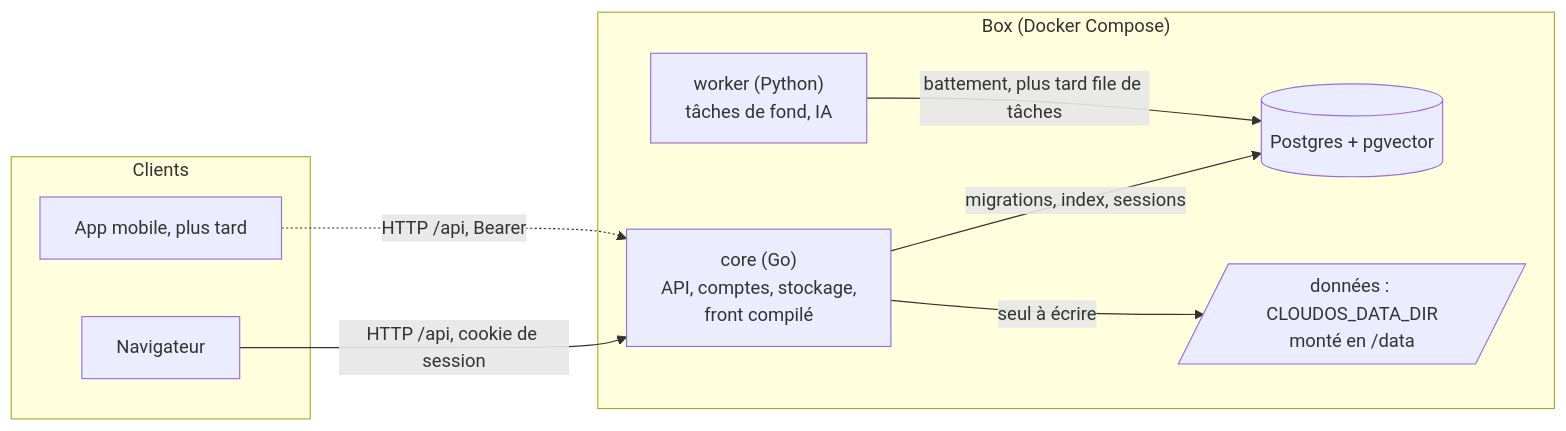
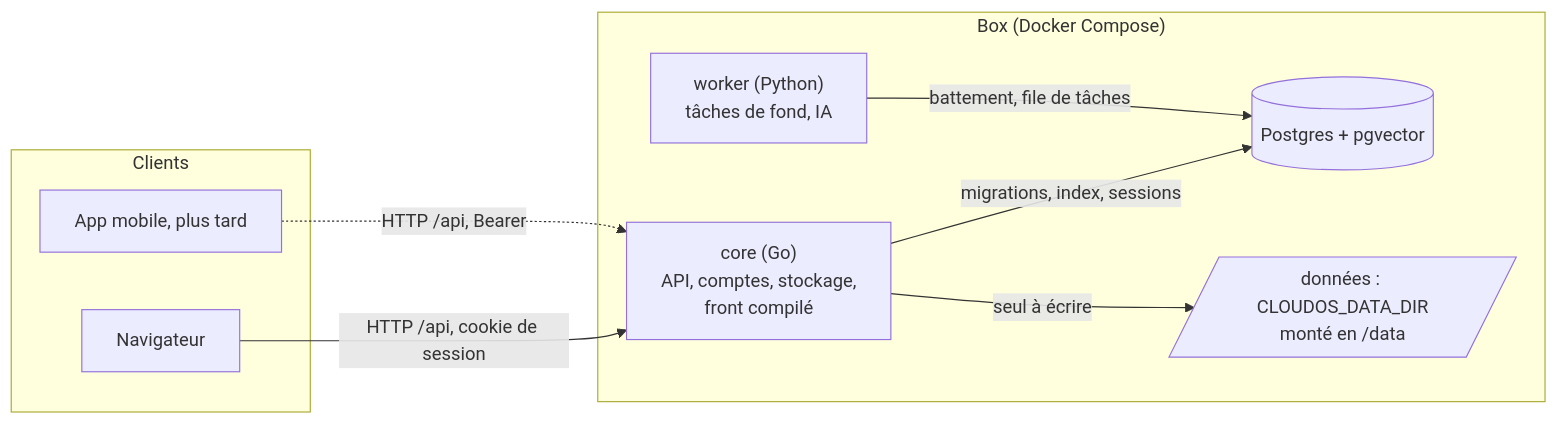
Before and after one commit to C2-POLY/cloud-os: the first of 3 diagrams in docs/architecture/overview.md, drawn with Mermaid. The commit also changed other lines of this file and 19 other files, not shown here.

````diff
--- a/docs/architecture/overview.md
+++ b/docs/architecture/overview.md
@@ -8,18 +8,18 @@
 ```mermaid
 flowchart LR
     subgraph Clients
         W[Navigateur]
         M[App mobile, plus tard]
     end
     subgraph Box["Box (Docker Compose)"]
         C["core (Go)<br/>API, comptes, stockage,<br/>front compilé"]
         K["worker (Python)<br/>tâches de fond, IA"]
         DB[("Postgres + pgvector")]
         D[/"données : CLOUDOS_DATA_DIR<br/>monté en /data"/]
     end
     W -- "HTTP /api, cookie de session" --> C
     M -. "HTTP /api, Bearer" .-> C
     C -- "migrations, index, sessions" --> DB
-    K -- "battement, plus tard file de tâches" --> DB
+    K -- "battement, file de tâches" --> DB
     C -- "seul à écrire" --> D
 ```
````
